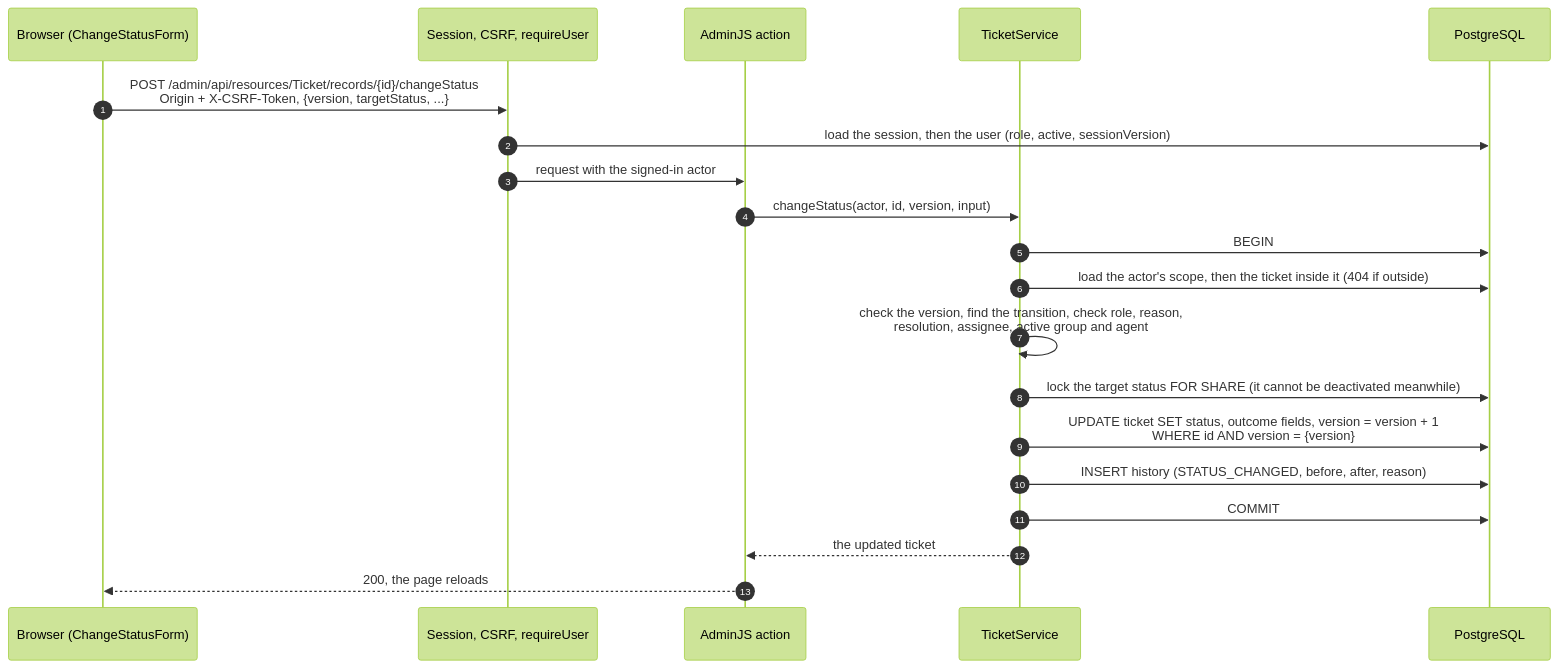
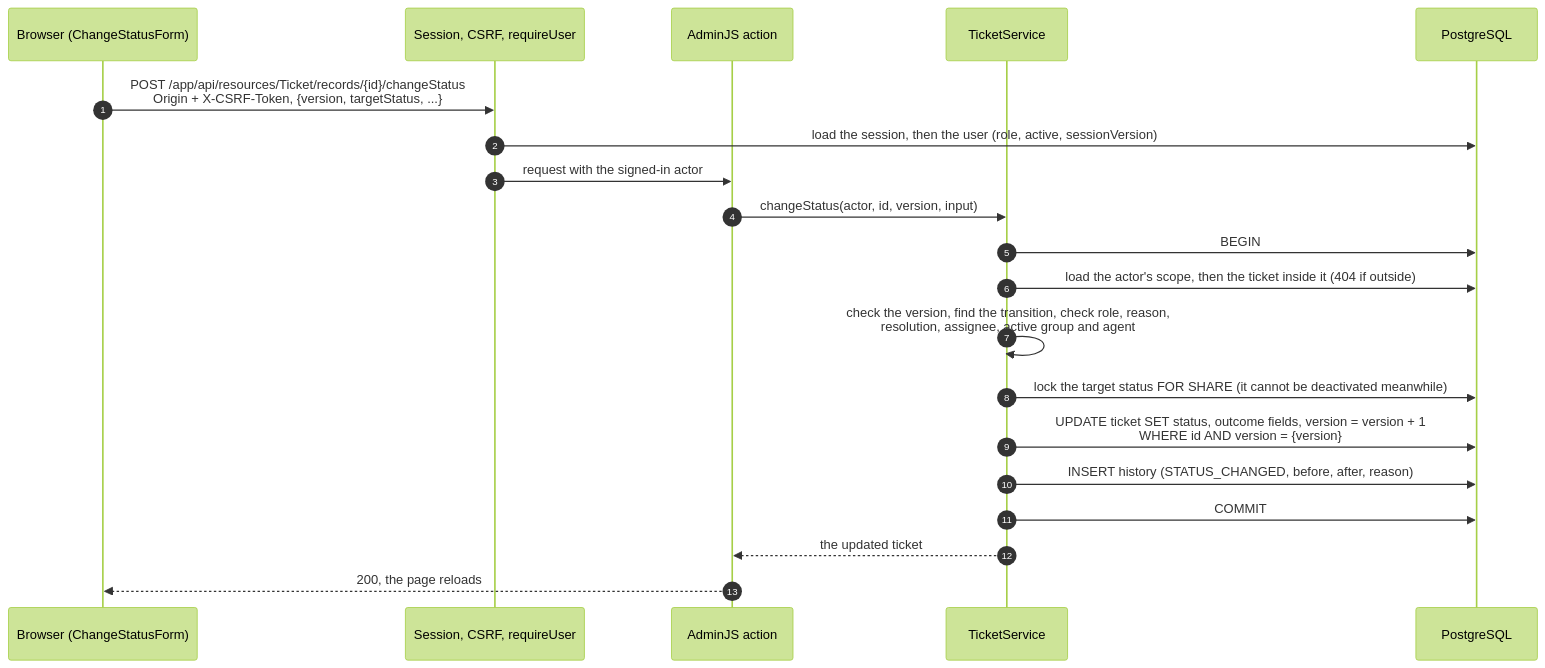
One commit to vasilykamenev/ticket-tracker changed the third of 3 diagrams in docs/architecture.md. Above: the diagram before and after it, drawn with Mermaid (forest theme). The commit also changed other lines of this file and 16 other files, not shown here.

First line of the commit message:
feat: move the application root path from /admin to /app

````diff
--- a/docs/architecture.md
+++ b/docs/architecture.md
@@ -80,23 +80,23 @@
 ```mermaid
 sequenceDiagram
     autonumber
     participant UI as Browser (ChangeStatusForm)
     participant MW as Session, CSRF, requireUser
     participant AJ as AdminJS action
     participant TS as TicketService
     participant DB as PostgreSQL
 
-    UI->>MW: POST /admin/api/resources/Ticket/records/{id}/changeStatus<br/>Origin + X-CSRF-Token, {version, targetStatus, ...}
+    UI->>MW: POST /app/api/resources/Ticket/records/{id}/changeStatus<br/>Origin + X-CSRF-Token, {version, targetStatus, ...}
     MW->>DB: load the session, then the user (role, active, sessionVersion)
     MW->>AJ: request with the signed-in actor
     AJ->>TS: changeStatus(actor, id, version, input)
     TS->>DB: BEGIN
     TS->>DB: load the actor's scope, then the ticket inside it (404 if outside)
     TS->>TS: check the version, find the transition, check role, reason,<br/>resolution, assignee, active group and agent
     TS->>DB: lock the target status FOR SHARE (it cannot be deactivated meanwhile)
     TS->>DB: UPDATE ticket SET status, outcome fields, version = version + 1<br/>WHERE id AND version = {version}
     TS->>DB: INSERT history (STATUS_CHANGED, before, after, reason)
     TS->>DB: COMMIT
     TS-->>AJ: the updated ticket
     AJ-->>UI: 200, the page reloads
 ```
````
